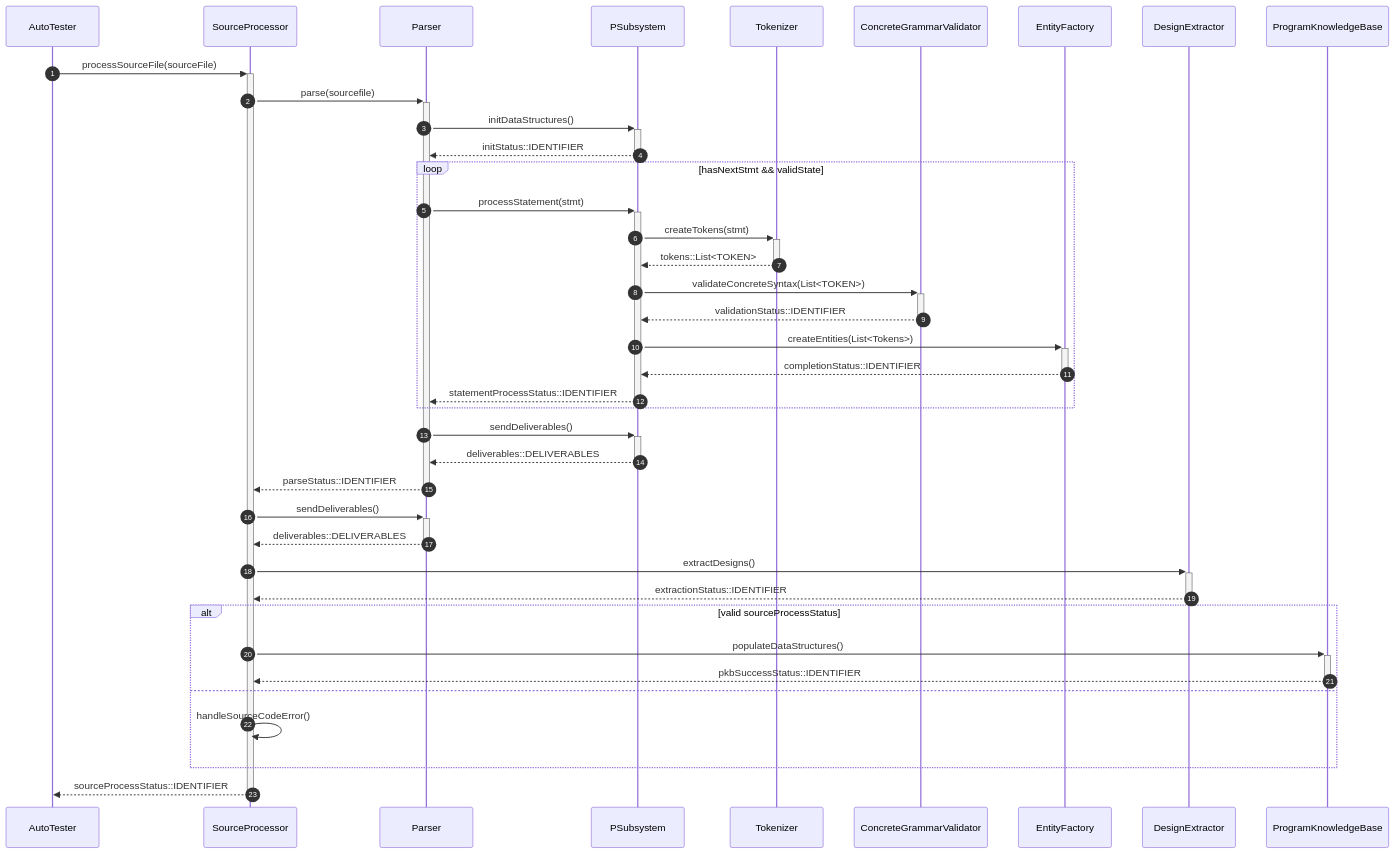
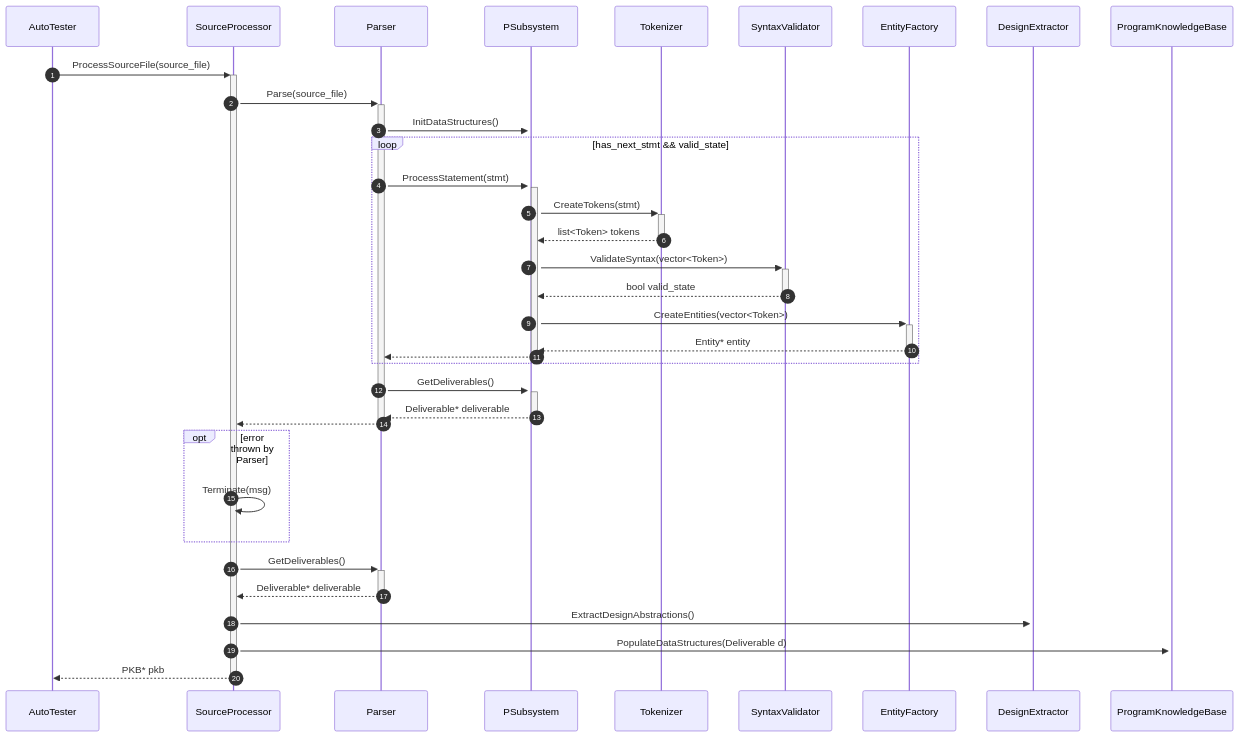
The diagram in docs/sd/SourceProcessorToPkbSequence_detailed.mmd (rtshkmr/CS3203-StaticProgramAnalyzer), drawn with Mermaid before and after one commit.

```diff
--- a/docs/sd/SourceProcessorToPkbSequence_detailed.mmd
+++ b/docs/sd/SourceProcessorToPkbSequence_detailed.mmd
@@ -1,76 +1,68 @@
 sequenceDiagram
     autonumber
     participant AT as AutoTester
     participant SP as SourceProcessor
     participant P as Parser
     %% subsystem creates nodes and storing AST while the lines are being read
     %% Psystem contains statement stacks..
     participant PSub as PSubsystem
     participant Tkn as Tokenizer
-    participant CGV as ConcreteGrammarValidator
-    %% EntityFactory modifies necessary DSes (creates nodes in AST, add entries into relationship, entity tables ...)
-    %% To prevent the passing of multiple different objects, there's going to be a bi-directional relationship b/w EF and PSub where PSub will read the values of DSes and Helper Stacks kept inside PSub, and EF will be creating and modifying said objects within PSub. This might need an intermediary Relationship Class or smth to avoid circular dependency
+    participant CGV as SyntaxValidator
+    %% EntityFactory modifies necessary DSes (creates Entities, add entries into relationship, entity tables ...)
     participant EF as EntityFactory
     participant DE as DesignExtractor
     participant PKB as ProgramKnowledgeBase
 
-    AT->>+SP: processSourceFile(sourceFile)
-    SP ->>+ P: parse(sourcefile)
+    AT->>+SP: ProcessSourceFile(source_file)
+    SP ->>+ P: Parse(source_file)
 
     %% initialises the necessary data structures inside PSub, these DSes (AST, RelationshipTables, EntityTables) will be accumulated
     %% Assumption: P will check correctness while building DSes %
-    P ->>+ PSub: initDataStructures()
-    PSub -->>- P: initStatus::IDENTIFIER
+    P ->>+ PSub: InitDataStructures()
 
     %% statement here refers to the source code in between two semicolons
-    %% If validState == false in reportParseStatus(Failure), the loop terminates
-    loop hasNextStmt && validState
-        P ->>+ PSub: processStatement(stmt)
-        PSub ->>+ Tkn: createTokens(stmt)
+    %% If valid_state == false in ValidateSyntax, the loop terminates
+    loop has_next_stmt && valid_state
+        P ->>+ PSub: ProcessStatement(stmt)
+        PSub ->>+ Tkn: CreateTokens(stmt)
         %% a token looks like: (<symbol>, <tokenTag>) brace_open brace_close
-        Tkn -->>- PSub: tokens::List<TOKEN>
+        Tkn -->>- PSub: list<Token> tokens
 
-        %% We ask the validator to validate the syntax for a single statement, if there's an error at any token, it should fail early and return us the validationStatus
-        %% SideEffect:Since the validator looks at tokens one by one, we let the validator modify "helper stacks" that are in the PSub
-        %% "Helper Stacks" are cumulative stacks or any other DSes kept in the PSubsystem. e.g.
-        %% "Helper Stacks" are there to help keep track of tokens and determine how the DSes are being modified. e.g. if CGV current sees an open brace, it knows that it's a new container, hence the PSub's helper stack should be notified such that the AST will branch out, the relationship tables will create new entries...
-        PSub ->>+ CGV: validateConcreteSyntax(List<TOKEN>)
-        CGV -->>-PSub: validationStatus::IDENTIFIER
+        %% We ask the validator to validate the syntax for a single statement, if there's an error at any token, it should fail early
+        PSub ->>+ CGV: ValidateSyntax(vector<Token>)
+        CGV -->>-PSub: bool valid_state
 
         %% create Entities:  Entity here refers to the Abstraction Entity as described by the wiki/lecture 1 slides
-        PSub ->>+EF:createEntities(List<Tokens>)
-        %% This method has responsibilities such as adding necessary Entity Nodes to the AST and updating the necessary tables to reflect relationships (this is where we add info about relationships b/w lines, vars...)
+        PSub ->>+EF:CreateEntities(vector<Token>)
+        %% This method has responsibilities such as creating necessary Entity Nodes and updating the necessary tables to reflect relationships (this is where we add info about relationships b/w lines, vars...)
         %% Entity node refers to WHILE/IF/ASSIGN... ref to
-        EF-->>-PSub:completionStatus::IDENTIFIER
+        EF-->>-PSub: Entity* entity
 
-        PSub -->>-P: statementProcessStatus::IDENTIFIER
+        PSub -->>-P:
         %% todo: handle the error handling opt code here
     end
     %% at this point, all the statements have been processed, the parser is ready for deliverables to be sent to SP
-    P ->>+PSub: sendDeliverables()
-    PSub -->>-P: deliverables::DELIVERABLES
+    P ->>+PSub: GetDeliverables()
+    PSub -->>-P: Deliverable* deliverable
 
-    P -->>-SP: parseStatus::IDENTIFIER
+    P -->>-SP:
 
-    SP ->>+P: sendDeliverables()
-    P -->>-SP: deliverables::DELIVERABLES
+    opt error thrown by Parser
+        SP ->>SP : Terminate(msg)
+    end
+
+    SP ->>+P: GetDeliverables()
+    P -->>-SP: Deliverable* deliverable
 
     %% todo: add in DE activities
-    SP ->>+DE:extractDesigns()
+    SP ->>+DE: ExtractDesignAbstractions()
     %% DE and SP will comms with each other bidirectionally
     %% todo: these sequences will be fleshed out in a separate sequence diagram
-    DE -->>-SP:extractionStatus::IDENTIFIER
 
+    SP ->>+PKB: PopulateDataStructures(Deliverable d)
 
-    alt valid sourceProcessStatus
-        SP ->>+PKB: populateDataStructures()
-        PKB -->>-SP:pkbSuccessStatus::IDENTIFIER
-    else
-        SP ->>SP : handleSourceCodeError()
-    end
-
-    SP -->>- AT: sourceProcessStatus::IDENTIFIER
+    SP -->>- AT: PKB* pkb
 
     %% Transitive => Parents*, Children* Follows*, FollowedBy* Use, UsedBy, Modifies, ModifiesBy
     %% By right, AST should not be used for resolving queries (anything, we try to add aux Data Structures)
     %% This sequence of steps ends when the source processing is done and deliverables sent to PKB %%
```
